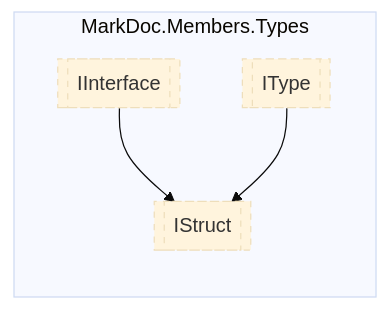
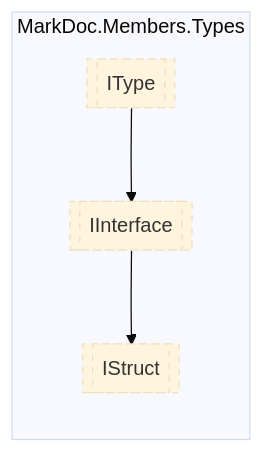
One commit to hailstorm75/ModularDoc changed the diagram in sourceWiki/markdoc/members/types/IStruct.md. Above: the diagram before and after it, drawn with Mermaid (base theme). The commit also changed 20 other files, not shown here.

````diff
--- a/sourceWiki/markdoc/members/types/IStruct.md
+++ b/sourceWiki/markdoc/members/types/IStruct.md
@@ -7,15 +7,15 @@
 ```mermaid
   flowchart LR
   classDef interfaceStyle stroke-dasharray: 5 5;
   classDef abstractStyle stroke-width:4px
   subgraph MarkDoc.Members.Types
   MarkDoc.Members.Types.IStruct[[IStruct]]
   class MarkDoc.Members.Types.IStruct interfaceStyle;
   MarkDoc.Members.Types.IInterface[[IInterface]]
   class MarkDoc.Members.Types.IInterface interfaceStyle;
   MarkDoc.Members.Types.IType[[IType]]
   class MarkDoc.Members.Types.IType interfaceStyle;
   end
 MarkDoc.Members.Types.IInterface --> MarkDoc.Members.Types.IStruct
-MarkDoc.Members.Types.IType --> MarkDoc.Members.Types.IStruct
+MarkDoc.Members.Types.IType --> MarkDoc.Members.Types.IInterface
 ```
````
